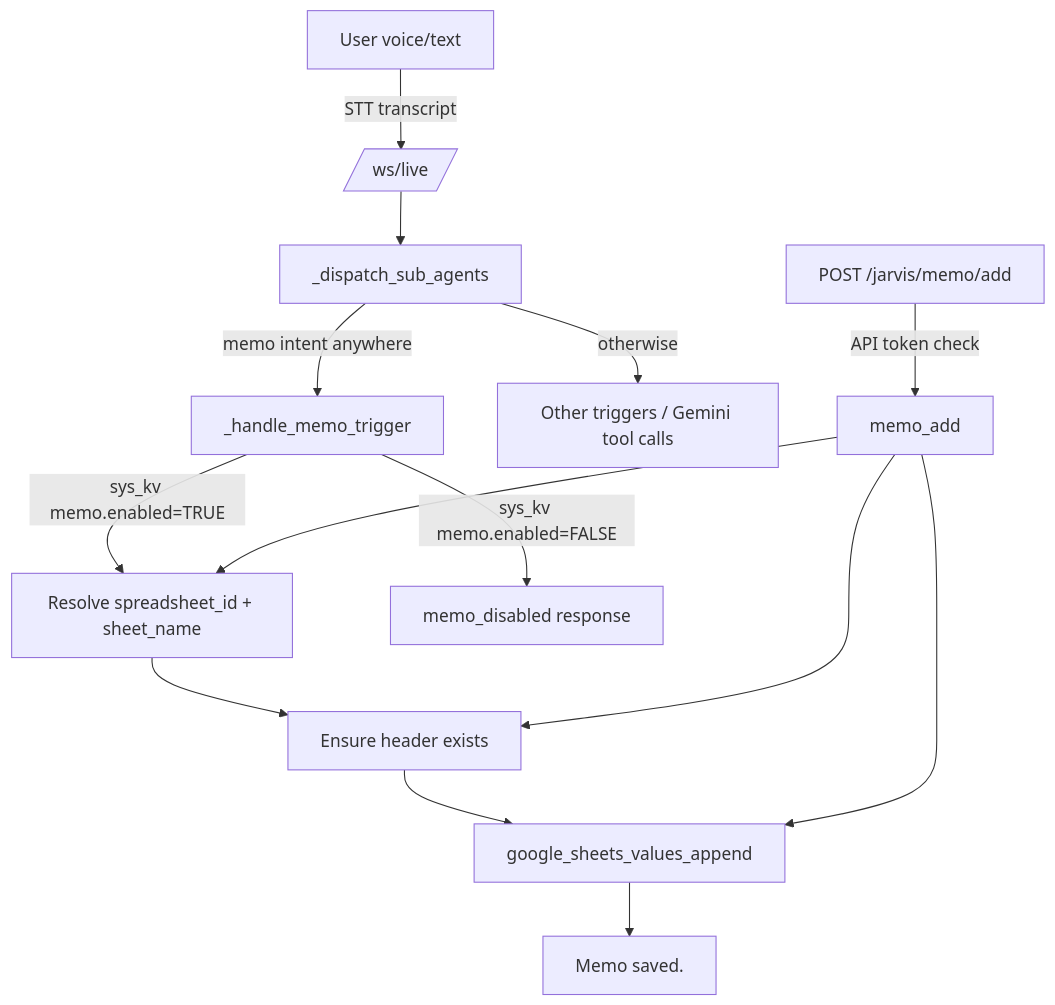
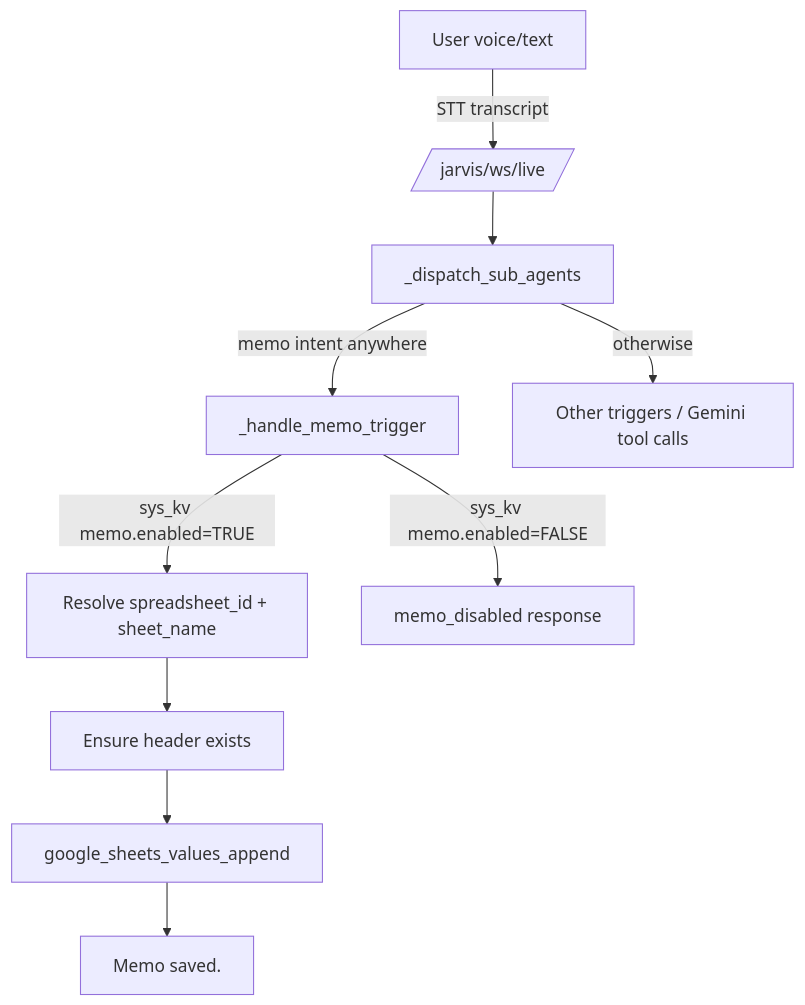
The diagram in services/assistance/docs/MEMO.md (tonezzz/chaba), drawn with Mermaid before and after one commit. The commit also changed other lines of this file and 15 other files, not shown here.

Commit message:
docs: update routes/sequences; remove obsolete google tasks/calendar/reminders references

````diff
--- a/services/assistance/docs/MEMO.md
+++ b/services/assistance/docs/MEMO.md
@@ -65,20 +64,17 @@
 ```mermaid
 flowchart TD
-  U[User voice/text] -->|STT transcript| WS[/ws/live/]
+  U[User voice/text] -->|STT transcript| WS[/jarvis/ws/live/]
 
   WS --> D[_dispatch_sub_agents]
   D -->|memo intent anywhere| MT[_handle_memo_trigger]
   D -->|otherwise| OTHER[Other triggers / Gemini tool calls]
 
   MT -->|sys_kv memo.enabled=TRUE| CFG[Resolve spreadsheet_id + sheet_name]
   MT -->|sys_kv memo.enabled=FALSE| DIS[memo_disabled response]
 
   CFG --> HDR[Ensure header exists]
   HDR --> APP[google_sheets_values_append]
   APP --> OK["Memo saved."]
 
-  H[POST /jarvis/memo/add] -->|API token check| API[memo_add]
-  API --> CFG
-  API --> HDR
-  API --> APP
+
 ```
````
